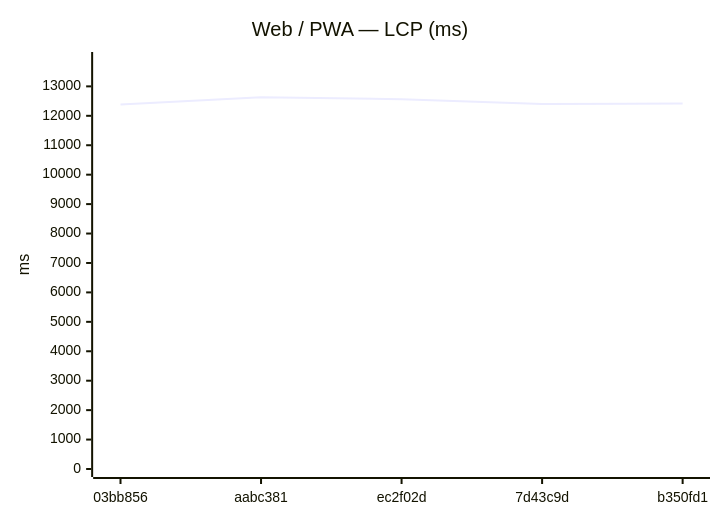
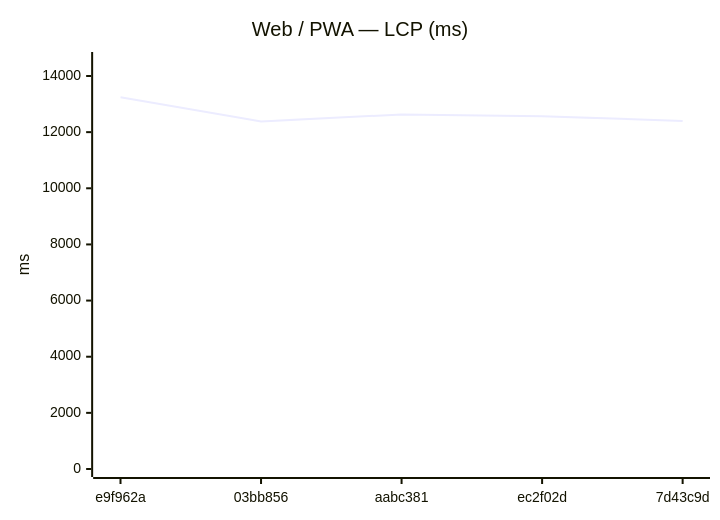
One commit to Metaheurist/Rianell changed the seventh of 18 diagrams in benchmarks/compare.md. Above: the diagram before and after it, drawn with Mermaid. The commit also changed other lines of this file and 11 other files, not shown here.

````diff
--- a/benchmarks/compare.md
+++ b/benchmarks/compare.md
@@ -117,7 +117,7 @@
 ```mermaid
 xychart-beta
     title "Web / PWA — LCP (ms)"
-    x-axis ["03bb856", "aabc381", "ec2f02d", "7d43c9d", "b350fd1"]
-    y-axis "ms" 0 --> 13896
-    line [12382, 12632, 12566, 12399, 12420]
+    x-axis ["e9f962a", "03bb856", "aabc381", "ec2f02d", "7d43c9d"]
+    y-axis "ms" 0 --> 14570
+    line [13245, 12382, 12632, 12566, 12399]
 ```
````
